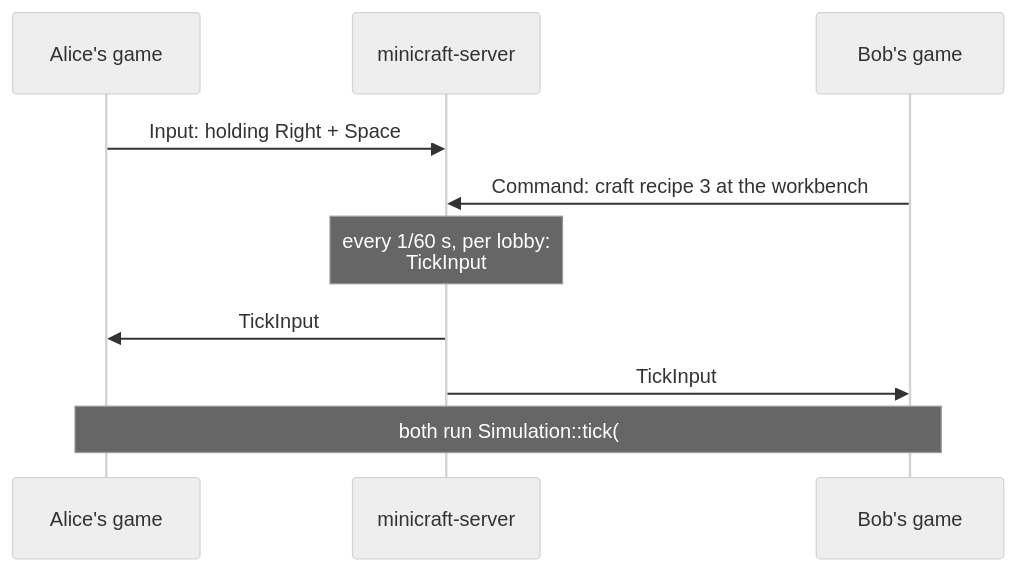
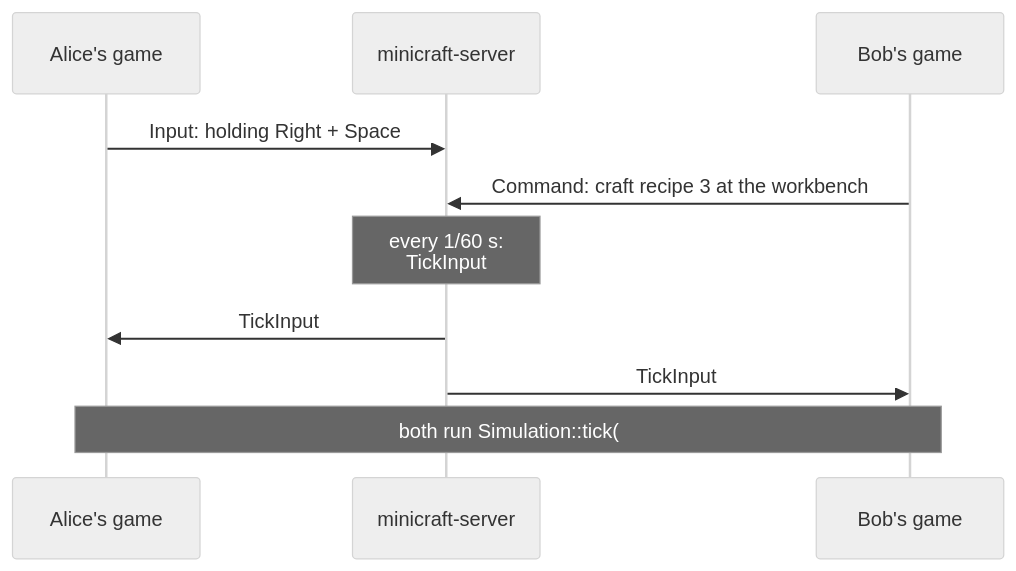
The second of 2 diagrams in README.md (AdnaneBJA/Minicraft), drawn with Mermaid (neutral theme) before and after one commit. The commit also changed other lines of this file and 8 other files, not shown here.

````diff
--- a/README.md
+++ b/README.md
@@ -102,12 +102,12 @@
 ```mermaid
 sequenceDiagram
     participant A as Alice's game
     participant S as minicraft-server
     participant B as Bob's game
     A->>S: Input: holding Right + Space
     B->>S: Command: craft recipe 3 at the workbench
-    Note over S: every 1/60 s, per lobby:<br/>TickInput #4512 = [Alice: Right+Space,<br/>Bob: craft(workbench, 3)]
+    Note over S: every 1/60 s:<br/>TickInput #4512 = [Alice: Right+Space,<br/>Bob: craft(workbench, 3)]
     S->>A: TickInput #4512
     S->>B: TickInput #4512
     Note over A,B: both run Simulation::tick(#4512)<br/>and compute the same world
 ```
````
